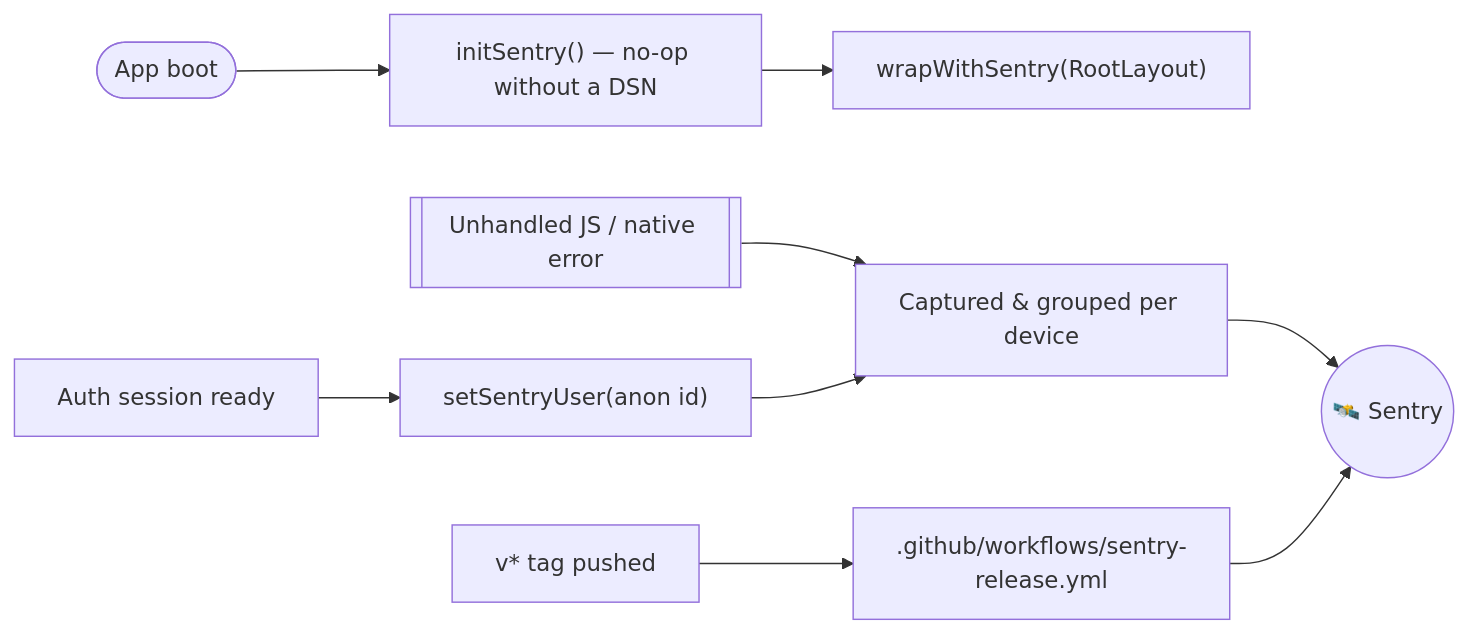
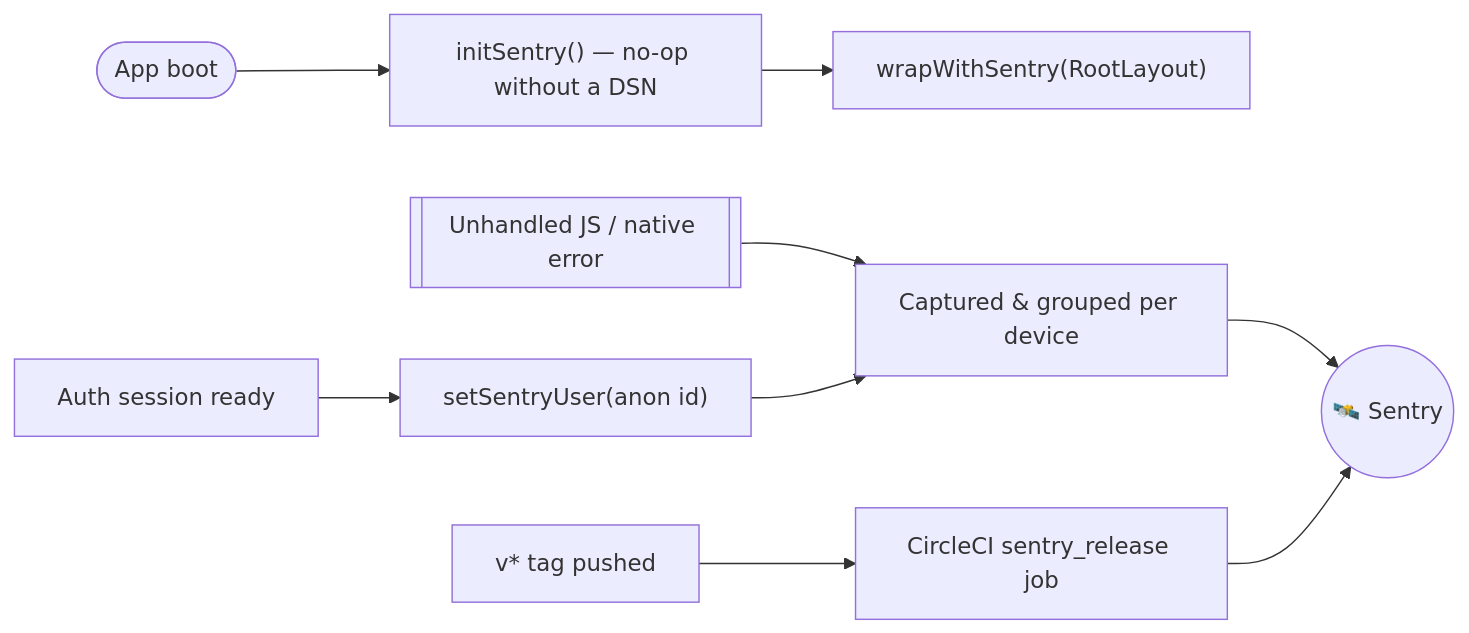
One commit to stlim0727/stash changed the tenth of 10 diagrams in docs/design/use-cases.md. Above: the diagram before and after it, drawn with Mermaid. The commit also changed 16 other files, not shown here.

````diff
--- a/docs/design/use-cases.md
+++ b/docs/design/use-cases.md
@@ -265,10 +265,10 @@
 ```mermaid
 flowchart LR
     boot([App boot]) --> init["initSentry() — no-op without a DSN"]
     init --> wrap["wrapWithSentry(RootLayout)"]
     auth["Auth session ready"] --> setuser["setSentryUser(anon id)"]
     crash[["Unhandled JS / native error"]] --> capture["Captured & grouped per device"]
     setuser --> capture
     capture --> sentry(("🛰️ Sentry"))
-    release["v* tag pushed"] --> wf[".github/workflows/sentry-release.yml"] --> sentry
+    release["v* tag pushed"] --> wf["CircleCI sentry_release job"] --> sentry
 ```
````
